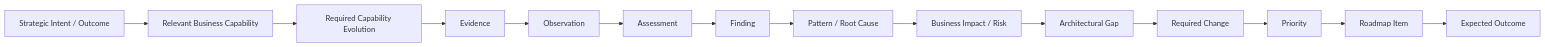
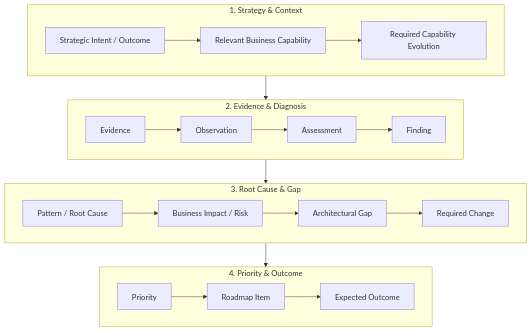
The tenth of 22 diagrams in docs/sop/methods/architecture-assessment-roadmap-report.v2.md (avfranco-br/portfolio), drawn with Mermaid before and after one commit. The commit also changed other lines of this file and 10 other files, not shown here.

Commit message:
Refactor Mermaid diagrams across SOP and methods documentation for legibility

````diff
--- a/docs/sop/methods/architecture-assessment-roadmap-report.v2.md
+++ b/docs/sop/methods/architecture-assessment-roadmap-report.v2.md
@@ -878,30 +882,32 @@
 ```mermaid
-flowchart LR
-    Intent["Strategic Intent / Outcome"]
-    Capability["Relevant Business Capability"]
-    Evolution["Required Capability Evolution"]
-    Evidence["Evidence"]
-    Observation["Observation"]
-    Assessment["Assessment"]
-    Finding["Finding"]
-    RootCause["Pattern / Root Cause"]
-    Impact["Business Impact / Risk"]
-    Gap["Architectural Gap"]
-    Change["Required Change"]
-    Priority["Priority"]
-    Roadmap["Roadmap Item"]
-    Outcome["Expected Outcome"]
-    Intent --> Capability
-    Capability --> Evolution
+flowchart TD
+    subgraph Tier1["1. Strategy & Context"]
+        direction LR
+        Intent["Strategic Intent / Outcome"] --> Capability["Relevant Business Capability"]
+        Capability --> Evolution["Required Capability Evolution"]
+    end
+
+    subgraph Tier2["2. Evidence & Diagnosis"]
+        direction LR
+        Evidence["Evidence"] --> Observation["Observation"]
+        Observation --> Assessment["Assessment"]
+        Assessment --> Finding["Finding"]
+    end
+
+    subgraph Tier3["3. Root Cause & Gap"]
+        direction LR
+        RootCause["Pattern / Root Cause"] --> Impact["Business Impact / Risk"]
+        Impact --> Gap["Architectural Gap"]
+        Gap --> Change["Required Change"]
+    end
+
+    subgraph Tier4["4. Priority & Outcome"]
+        direction LR
+        Priority["Priority"] --> Roadmap["Roadmap Item"]
+        Roadmap --> Outcome["Expected Outcome"]
+    end
+
     Evolution --> Evidence
-    Evidence --> Observation
-    Observation --> Assessment
-    Assessment --> Finding
     Finding --> RootCause
-    RootCause --> Impact
-    Impact --> Gap
-    Gap --> Change
     Change --> Priority
-    Priority --> Roadmap
-    Roadmap --> Outcome
 ```
````
